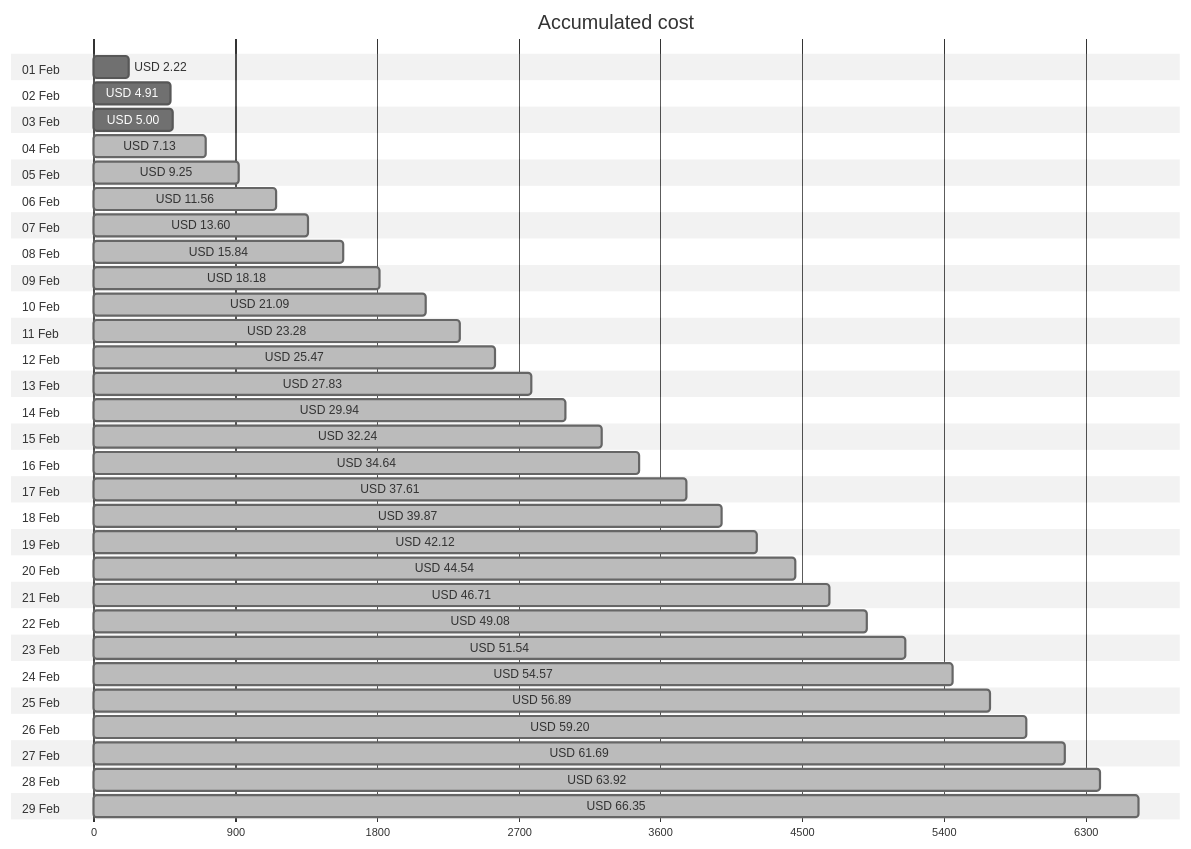
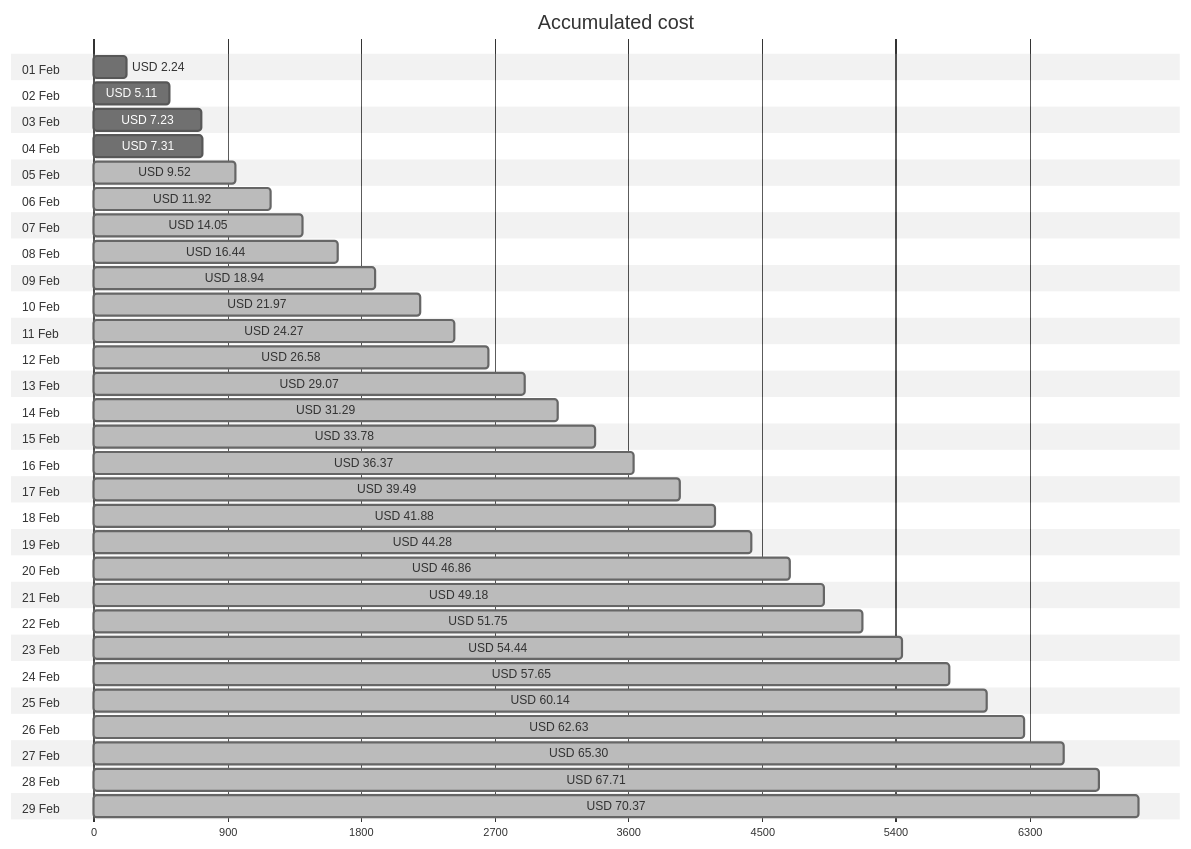
The first of 4 diagrams in cost-reports/personal-network/README.md (jpfulton/azure-personal-reports), drawn with Mermaid (neutral theme) before and after one commit. The commit also changed other lines of this file and 8 other files, not shown here.

````diff
--- a/cost-reports/personal-network/README.md
+++ b/cost-reports/personal-network/README.md
@@ -20,64 +20,64 @@
 ```mermaid
 gantt
    title Accumulated cost
    dateFormat  X
    axisFormat %s
    section 01 Feb
-   USD 2.22 :0, 222
+   USD 2.24 :0, 224
    section 02 Feb
-   USD 4.91 :0, 491
+   USD 5.11 :0, 511
    section 03 Feb
-   USD 5.00 :0, 500
+   USD 7.23 :0, 723
    section 04 Feb
-   USD 7.13 : done, 0, 713
+   USD 7.31 :0, 731
    section 05 Feb
-   USD 9.25 : done, 0, 925
+   USD 9.52 : done, 0, 952
    section 06 Feb
-   USD 11.56 : done, 0, 1156
+   USD 11.92 : done, 0, 1192
    section 07 Feb
-   USD 13.60 : done, 0, 1360
+   USD 14.05 : done, 0, 1405
    section 08 Feb
-   USD 15.84 : done, 0, 1584
+   USD 16.44 : done, 0, 1644
    section 09 Feb
-   USD 18.18 : done, 0, 1818
+   USD 18.94 : done, 0, 1894
    section 10 Feb
-   USD 21.09 : done, 0, 2109
+   USD 21.97 : done, 0, 2197
    section 11 Feb
-   USD 23.28 : done, 0, 2328
+   USD 24.27 : done, 0, 2427
    section 12 Feb
-   USD 25.47 : done, 0, 2547
+   USD 26.58 : done, 0, 2658
    section 13 Feb
-   USD 27.83 : done, 0, 2783
+   USD 29.07 : done, 0, 2907
    section 14 Feb
-   USD 29.94 : done, 0, 2994
+   USD 31.29 : done, 0, 3129
    section 15 Feb
-   USD 32.24 : done, 0, 3224
+   USD 33.78 : done, 0, 3378
    section 16 Feb
-   USD 34.64 : done, 0, 3464
+   USD 36.37 : done, 0, 3637
    section 17 Feb
-   USD 37.61 : done, 0, 3761
+   USD 39.49 : done, 0, 3949
    section 18 Feb
-   USD 39.87 : done, 0, 3987
+   USD 41.88 : done, 0, 4188
    section 19 Feb
-   USD 42.12 : done, 0, 4212
+   USD 44.28 : done, 0, 4428
    section 20 Feb
-   USD 44.54 : done, 0, 4454
+   USD 46.86 : done, 0, 4686
    section 21 Feb
-   USD 46.71 : done, 0, 4671
+   USD 49.18 : done, 0, 4918
    section 22 Feb
-   USD 49.08 : done, 0, 4908
+   USD 51.75 : done, 0, 5175
    section 23 Feb
-   USD 51.54 : done, 0, 5154
+   USD 54.44 : done, 0, 5444
    section 24 Feb
-   USD 54.57 : done, 0, 5457
+   USD 57.65 : done, 0, 5765
    section 25 Feb
-   USD 56.89 : done, 0, 5689
+   USD 60.14 : done, 0, 6014
    section 26 Feb
-   USD 59.20 : done, 0, 5920
+   USD 62.63 : done, 0, 6263
    section 27 Feb
-   USD 61.69 : done, 0, 6169
+   USD 65.30 : done, 0, 6530
    section 28 Feb
-   USD 63.92 : done, 0, 6392
+   USD 67.71 : done, 0, 6771
    section 29 Feb
-   USD 66.35 : done, 0, 6635
+   USD 70.37 : done, 0, 7037
 ```
````
